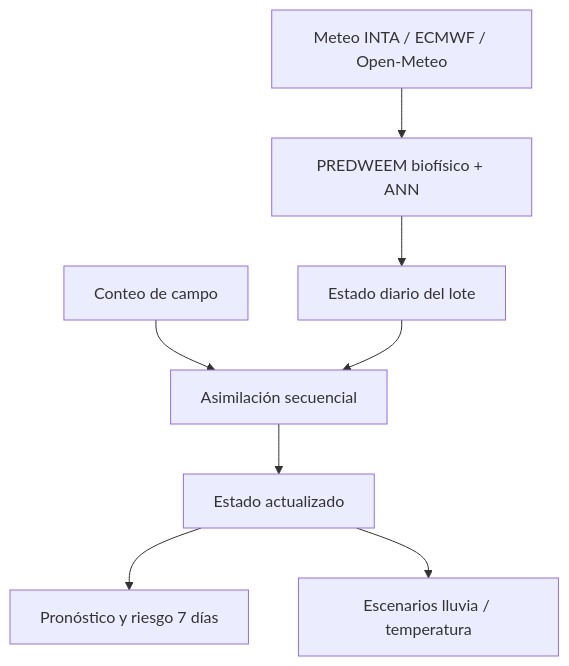
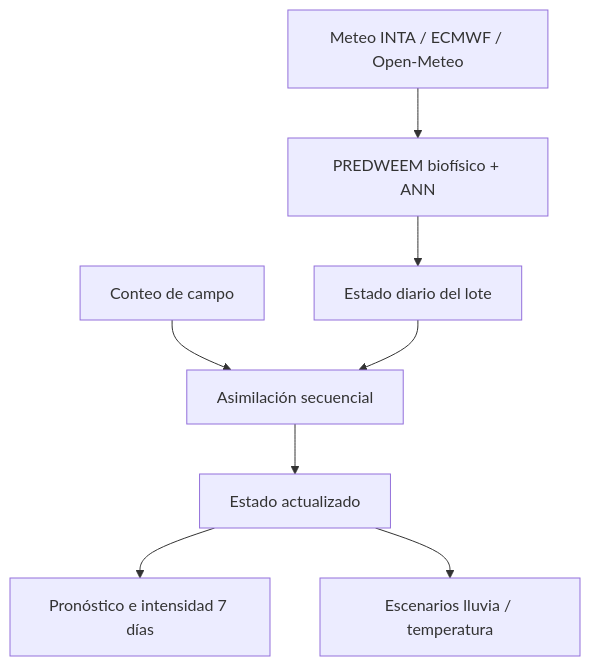
The diagram in README.md (PREDWEEM/borde_digitaltween), drawn with Mermaid before and after one commit. The commit also changed other lines of this file and 18 other files, not shown here.

````diff
--- a/README.md
+++ b/README.md
@@ -38,10 +38,10 @@
 ```mermaid
 flowchart TD
     A["Meteo INTA / ECMWF / Open-Meteo"] --> B["PREDWEEM biofísico + ANN"]
     B --> C["Estado diario del lote"]
     D["Conteo de campo"] --> E["Asimilación secuencial"]
     C --> E
     E --> F["Estado actualizado"]
-    F --> G["Pronóstico y riesgo 7 días"]
+    F --> G["Pronóstico e intensidad 7 días"]
     F --> H["Escenarios lluvia / temperatura"]
 ```
````
